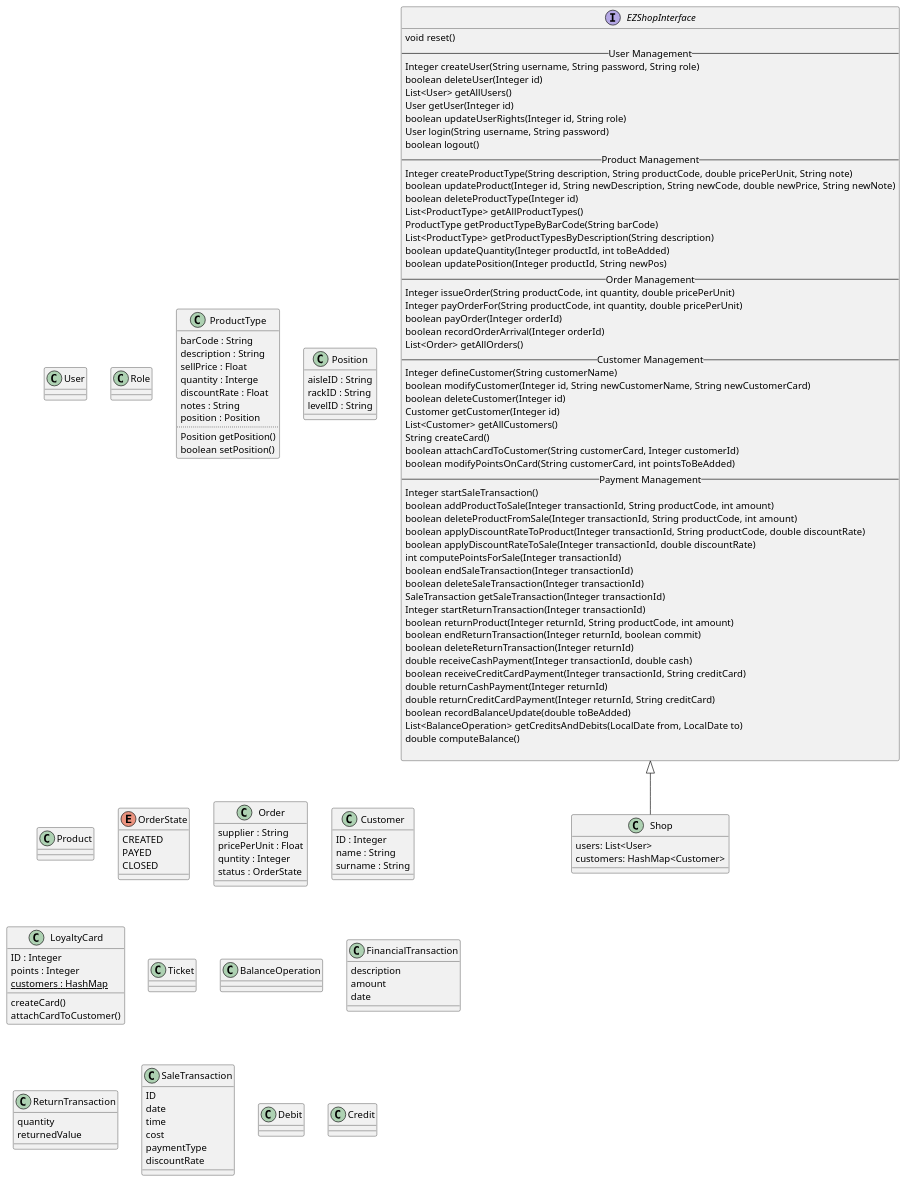
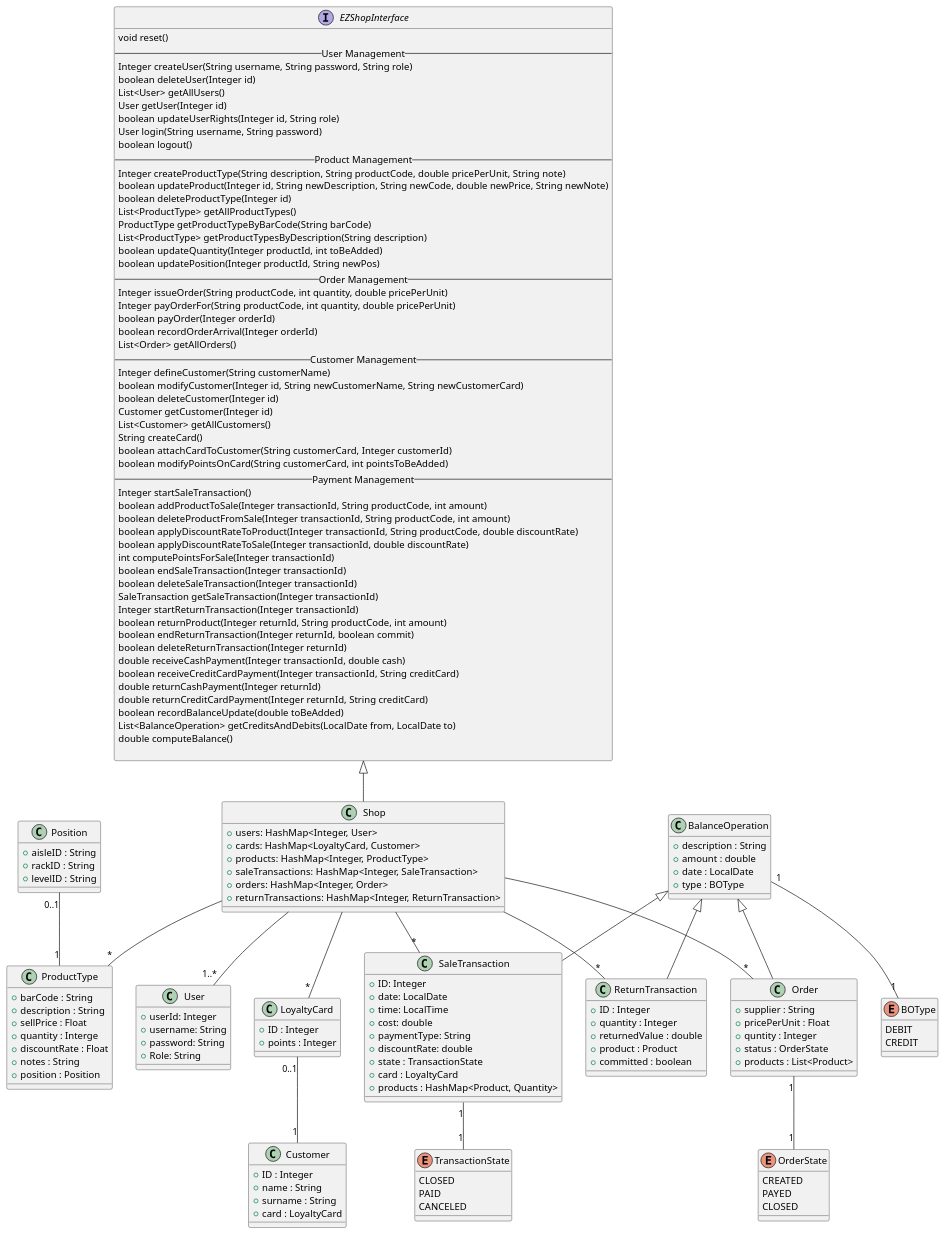
Before and after one commit to ThePiromaximus/ezshop: the second of 3 diagrams in Deliverables/DesignDocument.md, drawn with PlantUML.

Commit message:
update design document

````diff
--- a/Deliverables/DesignDocument.md
+++ b/Deliverables/DesignDocument.md
@@ -103,39 +103,36 @@
 }
 
 class Shop {
- users: List<User>
- customers: HashMap<Customer>
+ +users: HashMap<Integer, User>
+ +cards: HashMap<LoyaltyCard, Customer>
+ +products: HashMap<Integer, ProductType>
+ +saleTransactions: HashMap<Integer, SaleTransaction>
+ +orders: HashMap<Integer, Order>
+ +returnTransactions: HashMap<Integer, ReturnTransaction>
 }
 
 class User {
-
+ +userId: Integer
+ +username: String
+ +password: String
+ +Role: String
 }
 
-class Role {
-
-}
 
 class ProductType {
-    barCode : String
-    description : String
-    sellPrice : Float
-    quantity : Interge
-    discountRate : Float
-    notes : String
-    position : Position
-    ....
-    Position getPosition()
-    boolean setPosition()
+    +barCode : String
+    +description : String
+    +sellPrice : Float
+    +quantity : Interge
+    +discountRate : Float
+    +notes : String
+    +position : Position
 }
 
 class Position {
-    aisleID : String
-    rackID : String
-    levelID : String
-}
-
-class Product {
-
+    +aisleID : String
+    +rackID : String
+    +levelID : String
 }
 
 enum OrderState {
@@ -145,62 +142,78 @@
 }
 
 class Order {
-    supplier : String
-    pricePerUnit : Float
-    quntity : Integer
-    status : OrderState
+    +supplier : String
+    +pricePerUnit : Float
+    +quntity : Integer
+    +status : OrderState
+    +products : List<Product>
 }
 
 class Customer {
-    ID : Integer
-    name : String
-    surname : String
+    + ID : Integer
+    + name : String
+    + surname : String
+    + card : LoyaltyCard
 }
 
 class LoyaltyCard {
-    ID : Integer
-    points : Integer
-    {static} customers : HashMap
-    createCard()
-    attachCardToCustomer()
-}
-
-class Ticket {
-
+    + ID : Integer
+    + points : Integer
+    
 }
 
 class BalanceOperation {
-
+    + description : String
+    + amount : double
+    + date : LocalDate
+    + type : BOType
 }
 
-class FinancialTransaction {
-    description
-    amount
-    date
+enum BOType {
+ DEBIT
+ CREDIT
 }
 
 class ReturnTransaction {
-    quantity
-    returnedValue
+    + ID : Integer
+    + quantity : Integer
+    + returnedValue : double
+    + product : Product
+    + committed : boolean
 }
 
 class SaleTransaction {
-    ID
-    date
-    time
-    cost
-    paymentType
-    discountRate
+    +ID: Integer
+    +date: LocalDate
+    +time: LocalTime
+    +cost: double
+    +paymentType: String
+    +discountRate: double
+    +state : TransactionState
+    +card : LoyaltyCard
+    +products : HashMap<Product, Quantity>
 }
 
-class Debit {
-
+enum TransactionState {
+  CLOSED
+  PAID
+  CANCELED
 }
 
-class Credit {
-
-}
-
+LoyaltyCard "0..1" -- "1" Customer
+Shop -- "1..*" User
+Shop --  "*" ReturnTransaction
+Shop -- "*" Order
+Shop -- "*" SaleTransaction
+Shop -- "*" LoyaltyCard
+Shop -- "*" ProductType
+Position "0..1" -- "1" ProductType
+Order "1" --  "1" OrderState
+BalanceOperation "1" -- "1" BOType
+SaleTransaction "1" -- "1" TransactionState
+BalanceOperation <|-- ReturnTransaction
+BalanceOperation <|-- SaleTransaction
+BalanceOperation <|-- Order
 API <|-- Shop
 @enduml
 ```
````
